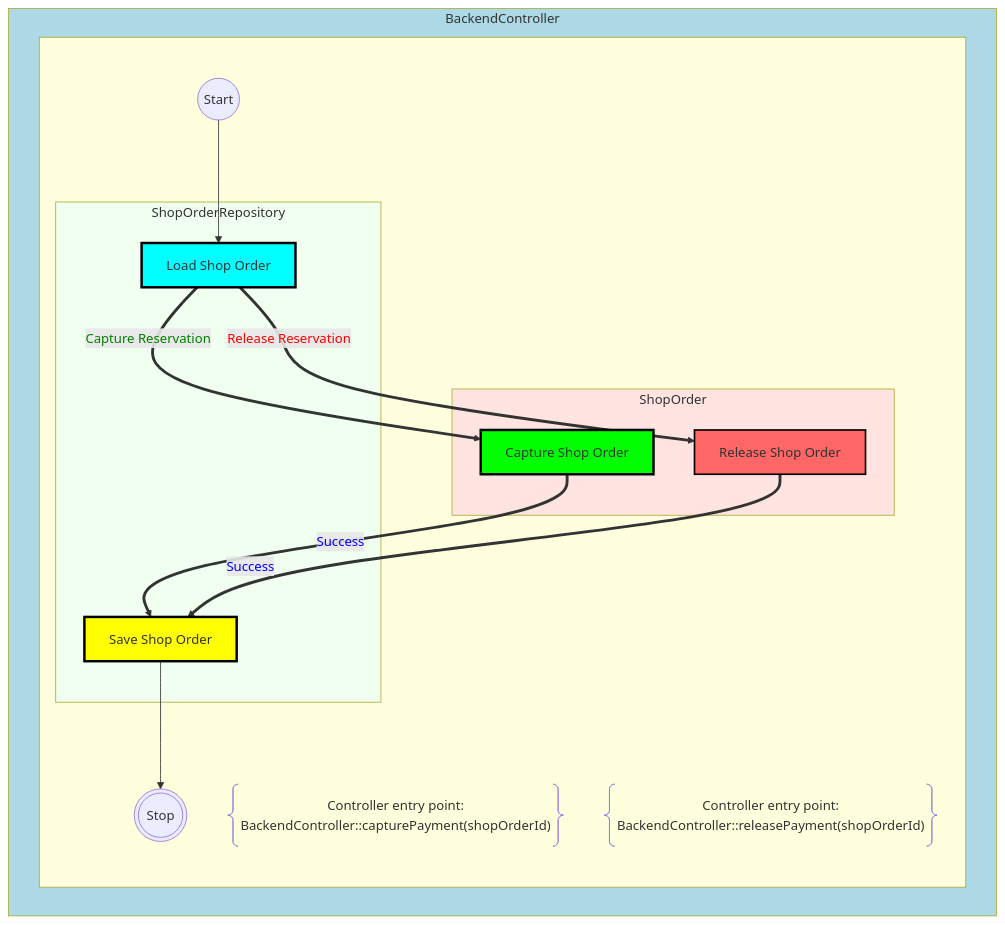
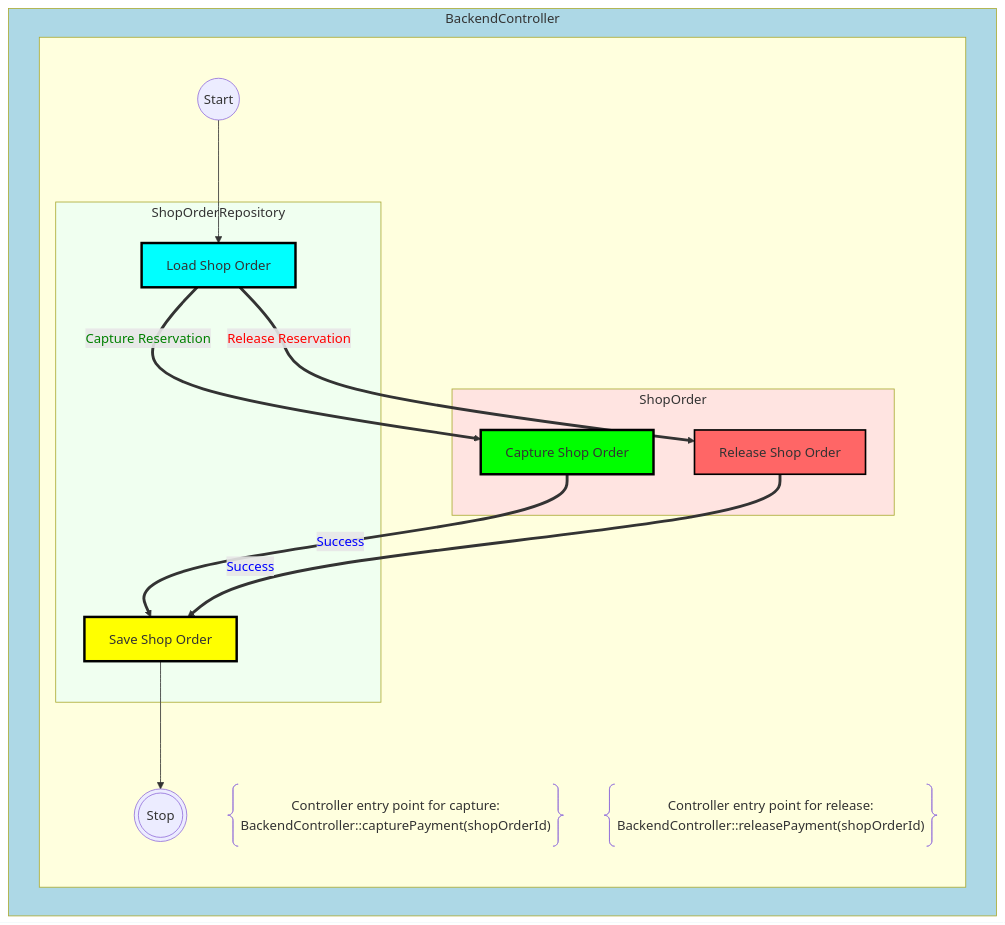
Before and after one commit to Ee-Cs/RecruitmentTaskP1: the diagram in docs/flowchartDiagram.md, drawn with Mermaid. The commit also changed 30 other files, not shown here.

````diff
--- a/docs/flowchartDiagram.md
+++ b/docs/flowchartDiagram.md
@@ -1,41 +1,41 @@
 ```mermaid
 flowchart
 subgraph BackendController
   subgraph " "
     START@{ shape: circle, label: "Start" }
     subgraph ShopOrder
       CAPT[Capture Shop Order]:::GreenBox
       RELE[Release Shop Order]:::RedBox
     end
     subgraph ShopOrderRepository
       LOAD[Load Shop Order]:::CyanBox
       SAVE[Save Shop Order]:::YellowBox
     end
     STOP@{ shape: dbl-circ, label: "Stop" }
-    COM1@{ shape: braces, label: "Controller entry point:<br/>BackendController::capturePayment(shopOrderId)" }
-    COM2@{ shape: braces, label: "Controller entry point:<br/>BackendController::releasePayment(shopOrderId)" }
+    COM1@{ shape: braces, label: "Controller entry point for capture:<br/>BackendController::capturePayment(shopOrderId)" }
+    COM2@{ shape: braces, label: "Controller entry point for release:<br/>BackendController::releasePayment(shopOrderId)" }
   end
 end
 class BackendController LightBlueBox
 class ShopOrderRepository HoneyDewBox
 class ShopOrder MistyRoseBox
 %% Flows
   START --> LOAD
   LOAD == Capture Reservation ==> CAPT
   LOAD == Release Reservation ==> RELE
   CAPT == Success ==> SAVE
   RELE == Success ==> SAVE
   SAVE --> STOP
 %% Style Definitions
   linkStyle 1 color: Green;
   linkStyle 2 color: Red;
   linkStyle 3,4 color: Blue;
   classDef RedBox fill: #ff6666, stroke: #000, stroke-width: 2px
   classDef GreenBox fill: #00ff00, stroke: #000, stroke-width: 3px
   classDef CyanBox fill: Cyan, stroke: #000, stroke-width: 3px
   classDef YellowBox fill: Yellow, stroke: #000, stroke-width: 3px
   classDef OrangeBox fill: #ffa500, stroke: #000, stroke-width: 3px
   classDef LightBlueBox fill: LightBlue
   classDef HoneyDewBox fill: HoneyDew
   classDef MistyRoseBox fill: MistyRose
 ```
````
